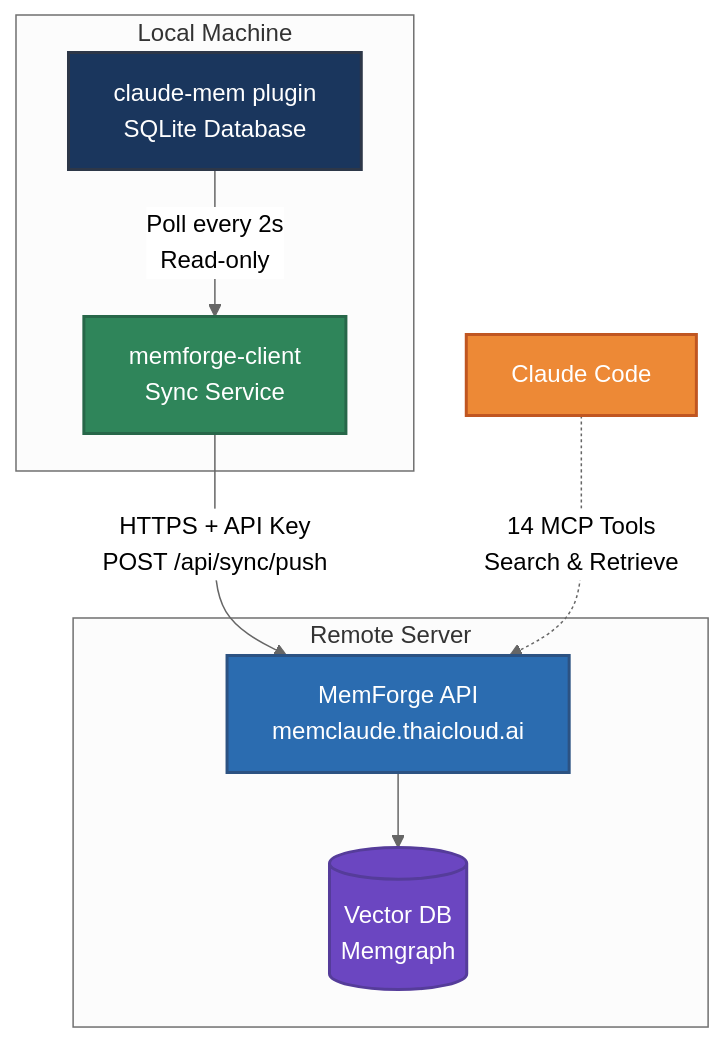
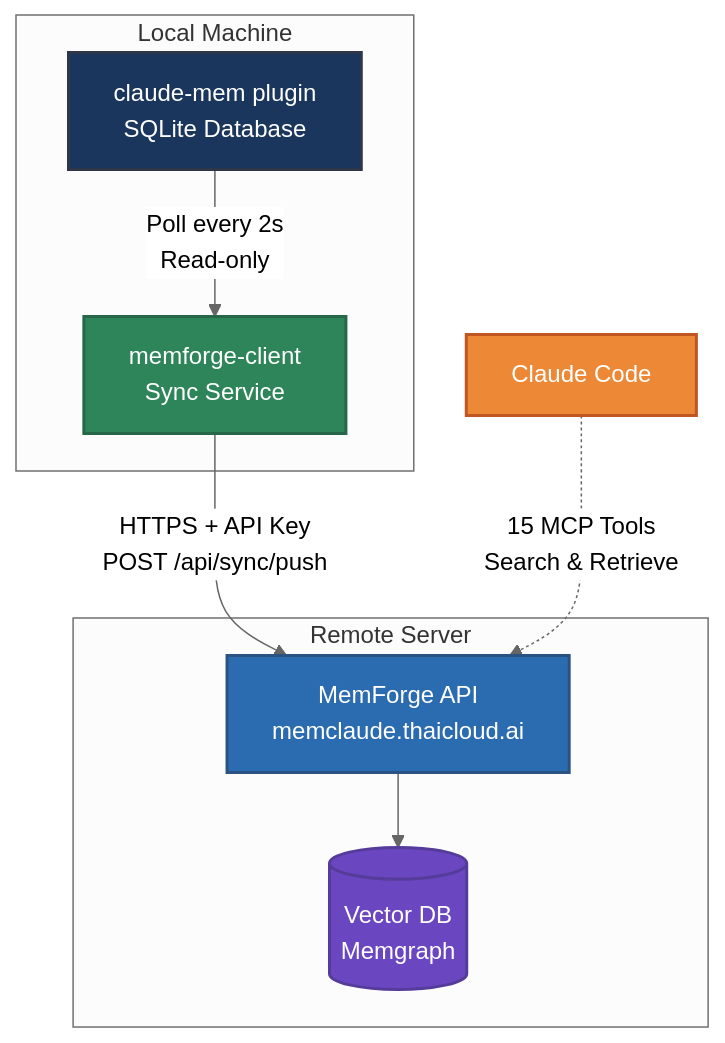
The first of 2 diagrams in README.md (pitimon/c-memforge), drawn with Mermaid (neutral theme) before and after one commit. The commit also changed other lines of this file and 18 other files, not shown here.

````diff
--- a/README.md
+++ b/README.md
@@ -166,24 +198,24 @@
 ```mermaid
 graph TB
     subgraph "Local Machine"
         CM[claude-mem plugin<br/>SQLite Database]
         MFC[memforge-client<br/>Sync Service]
     end
 
     subgraph "Remote Server"
         API[MemForge API<br/>memclaude.thaicloud.ai]
         VDB[(Vector DB<br/>Memgraph)]
     end
 
     CM -->|Poll every 2s<br/>Read-only| MFC
     MFC -->|HTTPS + API Key<br/>POST /api/sync/push| API
     API --> VDB
 
-    User[Claude Code] -.->|14 MCP Tools<br/>Search & Retrieve| API
+    User[Claude Code] -.->|15 MCP Tools<br/>Search & Retrieve| API
 
     style CM fill:#1a365d,stroke:#2d3748,stroke-width:2px,color:#fff
     style MFC fill:#2f855a,stroke:#276749,stroke-width:2px,color:#fff
     style API fill:#2b6cb0,stroke:#2c5282,stroke-width:2px,color:#fff
     style VDB fill:#6b46c1,stroke:#553c9a,stroke-width:2px,color:#fff
     style User fill:#ed8936,stroke:#c05621,stroke-width:2px,color:#fff
 ```
````
